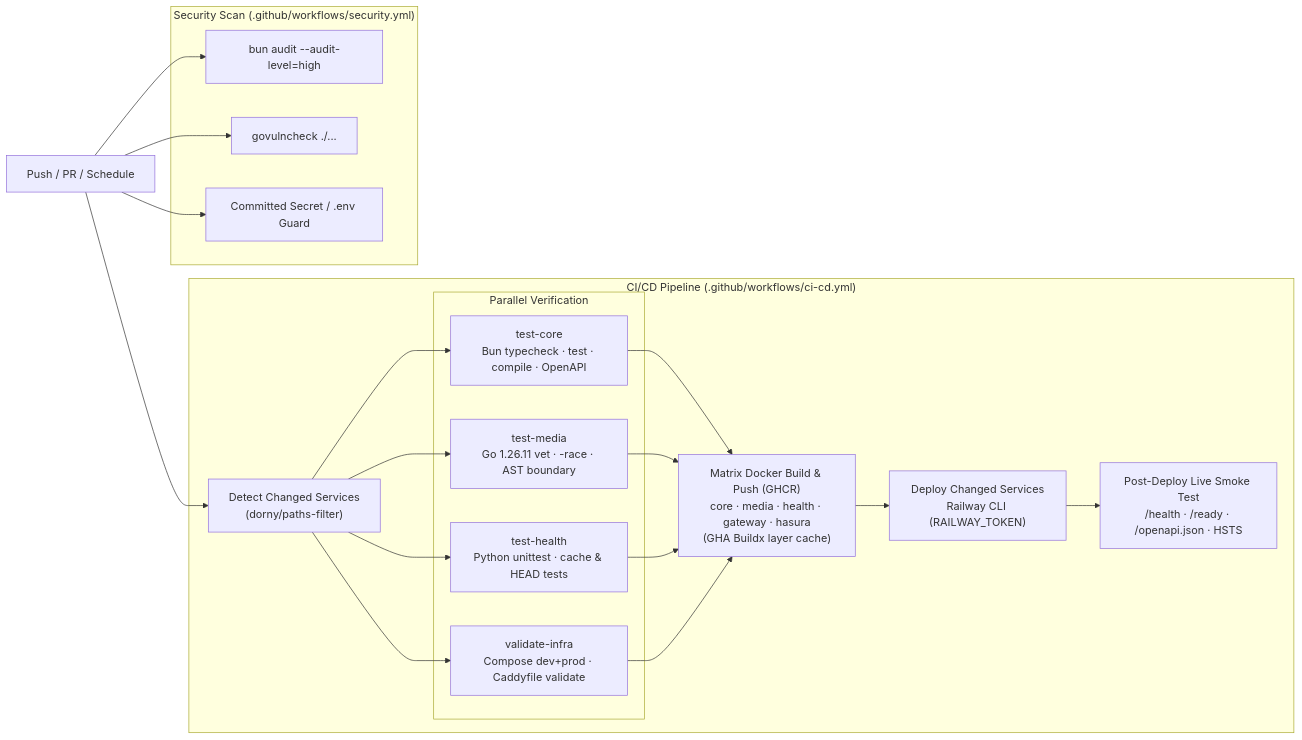
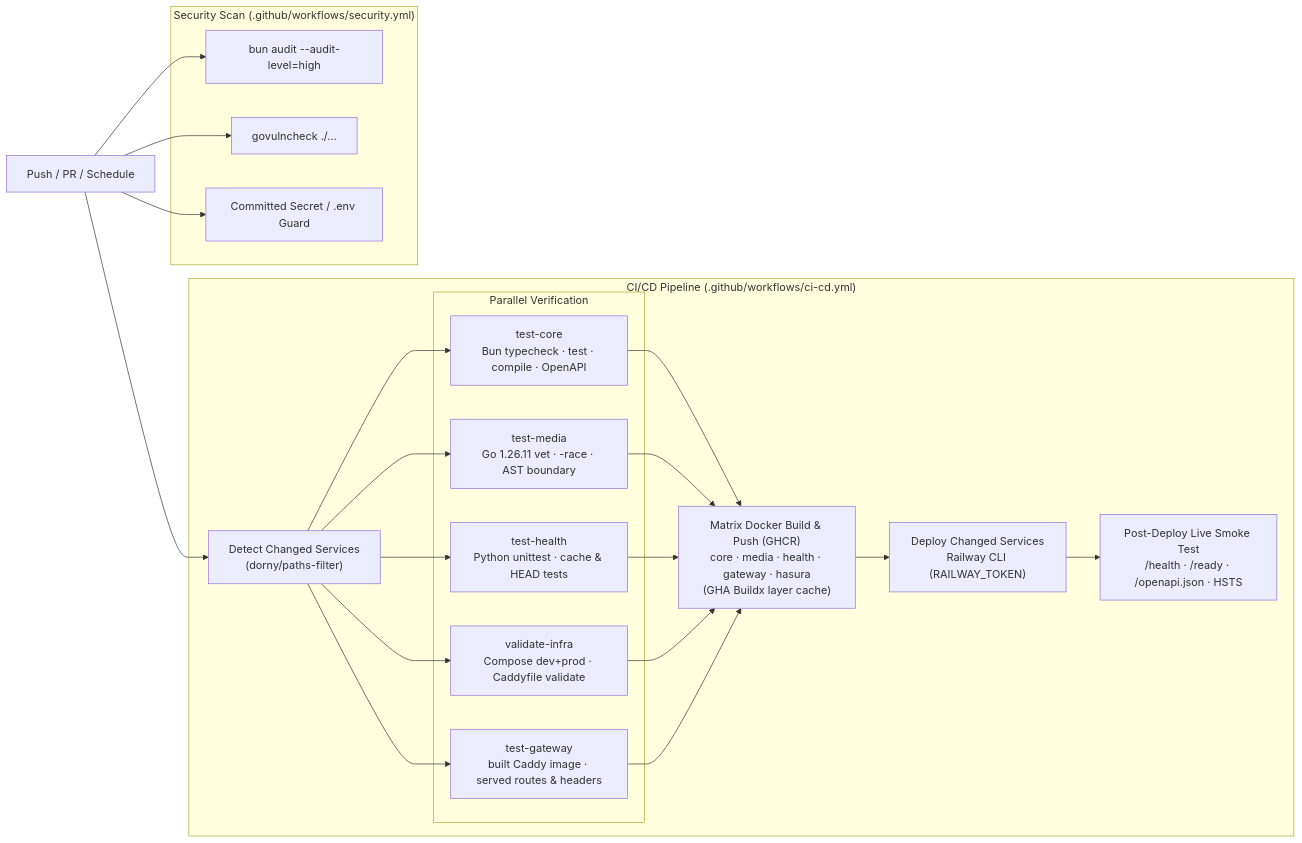
The third of 3 diagrams in README.md (WomB0ComB0/api), drawn with Mermaid before and after one commit. The commit also changed other lines of this file and 3 other files, not shown here.

First line of the commit message:
test(gateway): check what the built gateway image serves in CI (#16)

````diff
--- a/README.md
+++ b/README.md
@@ -174,30 +174,31 @@
 ```mermaid
 flowchart LR
     Trigger["Push / PR / Schedule"]
 
     subgraph CI["CI/CD Pipeline (.github/workflows/ci-cd.yml)"]
         Filter["Detect Changed Services\n(dorny/paths-filter)"]
 
         subgraph ParallelTests["Parallel Verification"]
             TC["test-core\nBun typecheck · test · compile · OpenAPI"]
             TM["test-media\nGo 1.26.11 vet · -race · AST boundary"]
             TH["test-health\nPython unittest · cache & HEAD tests"]
             TI["validate-infra\nCompose dev+prod · Caddyfile validate"]
+            TG["test-gateway\nbuilt Caddy image · served routes & headers"]
         end
 
         Build["Matrix Docker Build & Push (GHCR)\ncore · media · health · gateway · hasura\n(GHA Buildx layer cache)"]
         Deploy["Deploy Changed Services\nRailway CLI (RAILWAY_TOKEN)"]
         Smoke["Post-Deploy Live Smoke Test\n/health · /ready · /openapi.json · HSTS"]
     end
 
     subgraph Sec["Security Scan (.github/workflows/security.yml)"]
         BA["bun audit --audit-level=high"]
         GV["govulncheck ./..."]
         SL["Committed Secret / .env Guard"]
     end
 
     Trigger --> Filter
-    Filter --> TC & TM & TH & TI
-    TC & TM & TH & TI --> Build --> Deploy --> Smoke
+    Filter --> TC & TM & TH & TI & TG
+    TC & TM & TH & TI & TG --> Build --> Deploy --> Smoke
     Trigger --> BA & GV & SL
 ```
````
